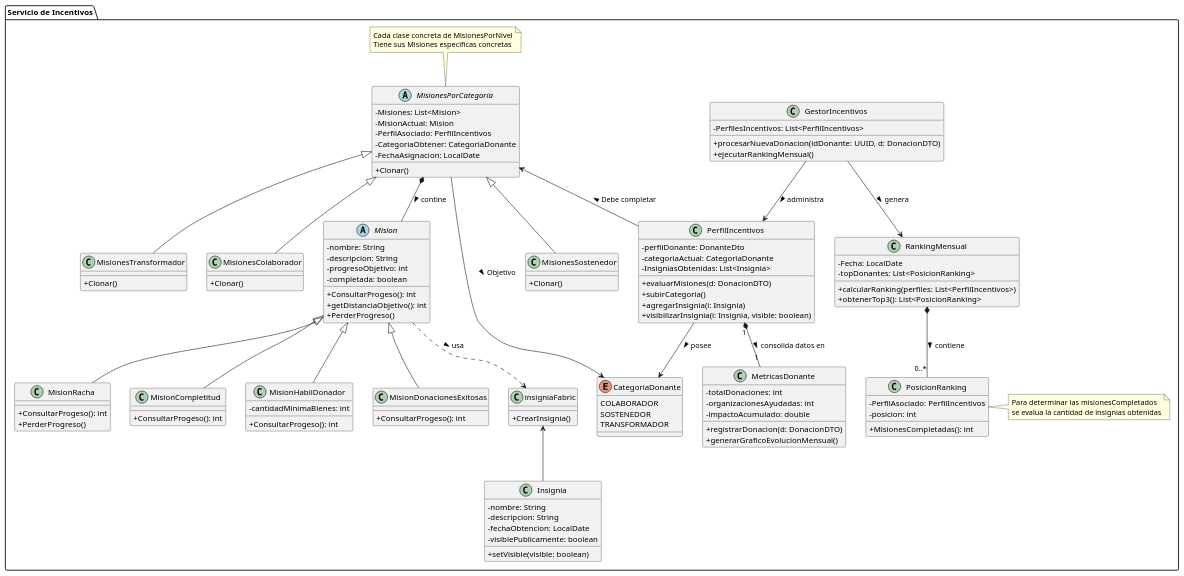
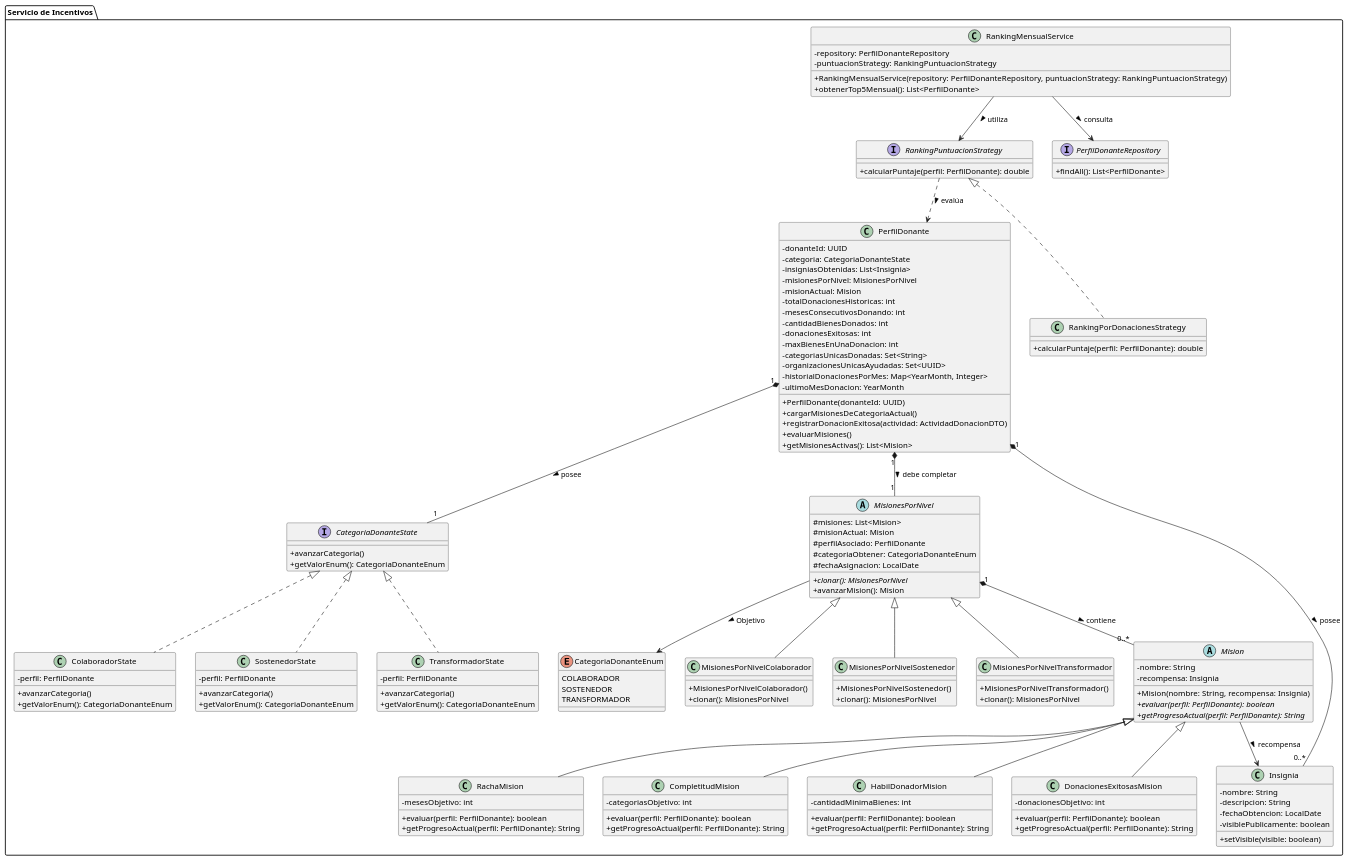
The diagram in diagramas/incentivos/ServicioIncentivos.puml (matefernandezcc/DonaTrack), drawn with PlantUML before and after one commit. The commit also changed 24 other files, not shown here.

Commit message:
refactor: post-merge updates for Hexagonal, Prototype, and State patterns, audit endpoint, and UML diagrams

```diff
--- a/diagramas/incentivos/ServicioIncentivos.puml
+++ b/diagramas/incentivos/ServicioIncentivos.puml
@@ -1,139 +1,155 @@
 @startuml ServicioIncentivos.puml
 skinparam classAttributeIconSize 0
 
 package "Servicio de Incentivos" {
 
-    enum CategoriaDonante {
+    enum CategoriaDonanteEnum {
         COLABORADOR
         SOSTENEDOR
         TRANSFORMADOR
     }
 
-    class GestorIncentivos {
-        - PerfilesIncentivos: List<PerfilIncentivos>
-        + procesarNuevaDonacion(idDonante: UUID, d: DonacionDTO)
-        + ejecutarRankingMensual()
+    interface CategoriaDonanteState {
+        + avanzarCategoria()
+        + getValorEnum(): CategoriaDonanteEnum
     }
 
-    class PerfilIncentivos {
-        - perfilDonante: DonanteDto
-        - categoriaActual: CategoriaDonante
-        - InsigniasObtenidas: List<Insignia>
-        + evaluarMisiones(d: DonacionDTO)
-        + subirCategoria()
-        + agregarInsignia(i: Insignia)
-        + visibilizarInsignia(i: Insignia, visible: boolean)
+    class ColaboradorState implements CategoriaDonanteState {
+        - perfil: PerfilDonante
+        + avanzarCategoria()
+        + getValorEnum(): CategoriaDonanteEnum
     }
 
-    class MetricasDonante {
-        - totalDonaciones: int
-        - organizacionesAyudadas: int
-        - impactoAcumulado: double
-        + registrarDonacion(d: DonacionDTO)
-        + generarGraficoEvolucionMensual()
+    class SostenedorState implements CategoriaDonanteState {
+        - perfil: PerfilDonante
+        + avanzarCategoria()
+        + getValorEnum(): CategoriaDonanteEnum
     }
 
-    abstract class MisionesPorCategoria{
-        - Misiones: List<Mision>
-        - MisionActual: Mision
-        - PerfilAsociado: PerfilIncentivos
-        - CategoriaObtener: CategoriaDonante
-        - FechaAsignacion: LocalDate
-        + Clonar()
-    }
-    
-    note top of MisionesPorCategoria
-    Cada clase concreta de MisionesPorNivel
-    Tiene sus Misiones especificas concretas
-    end note
-
-    class MisionesSostenedor extends MisionesPorCategoria{
-        + Clonar()
+    class TransformadorState implements CategoriaDonanteState {
+        - perfil: PerfilDonante
+        + avanzarCategoria()
+        + getValorEnum(): CategoriaDonanteEnum
     }
 
-    class MisionesTransformador extends MisionesPorCategoria{
-        + Clonar()
+    class PerfilDonante {
+        - donanteId: UUID
+        - categoria: CategoriaDonanteState
+        - insigniasObtenidas: List<Insignia>
+        - misionesPorNivel: MisionesPorNivel
+        - misionActual: Mision
+        - totalDonacionesHistoricas: int
+        - mesesConsecutivosDonando: int
+        - cantidadBienesDonados: int
+        - donacionesExitosas: int
+        - maxBienesEnUnaDonacion: int
+        - categoriasUnicasDonadas: Set<String>
+        - organizacionesUnicasAyudadas: Set<UUID>
+        - historialDonacionesPorMes: Map<YearMonth, Integer>
+        - ultimoMesDonacion: YearMonth
+        + PerfilDonante(donanteId: UUID)
+        + cargarMisionesDeCategoriaActual()
+        + registrarDonacionExitosa(actividad: ActividadDonacionDTO)
+        + evaluarMisiones()
+        + getMisionesActivas(): List<Mision>
     }
 
-    class MisionesColaborador extends MisionesPorCategoria{
-        + Clonar()
+    abstract class MisionesPorNivel {
+        # misiones: List<Mision>
+        # misionActual: Mision
+        # perfilAsociado: PerfilDonante
+        # categoriaObtener: CategoriaDonanteEnum
+        # fechaAsignacion: LocalDate
+        + {abstract} clonar(): MisionesPorNivel
+        + avanzarMision(): Mision
+    }
+
+    class MisionesPorNivelColaborador extends MisionesPorNivel {
+        + MisionesPorNivelColaborador()
+        + clonar(): MisionesPorNivel
+    }
+
+    class MisionesPorNivelSostenedor extends MisionesPorNivel {
+        + MisionesPorNivelSostenedor()
+        + clonar(): MisionesPorNivel
+    }
+
+    class MisionesPorNivelTransformador extends MisionesPorNivel {
+        + MisionesPorNivelTransformador()
+        + clonar(): MisionesPorNivel
     }
 
     abstract class Mision {
         - nombre: String
-        - descripcion: String
-        - progresoObjetivo: int
-        - completada: boolean
-        + ConsultarProgeso(): int
-        + getDistanciaObjetivo(): int
-        + PerderProgreso()
+        - recompensa: Insignia
+        + Mision(nombre: String, recompensa: Insignia)
+        + {abstract} evaluar(perfil: PerfilDonante): boolean
+        + {abstract} getProgresoActual(perfil: PerfilDonante): String
     }
 
-    class MisionRacha extends Mision {
-        + ConsultarProgeso(): int
-        + PerderProgreso()
+    class RachaMision extends Mision {
+        - mesesObjetivo: int
+        + evaluar(perfil: PerfilDonante): boolean
+        + getProgresoActual(perfil: PerfilDonante): String
     }
 
-    class MisionCompletitud extends Mision {
-        + ConsultarProgeso(): int
+    class CompletitudMision extends Mision {
+        - categoriasObjetivo: int
+        + evaluar(perfil: PerfilDonante): boolean
+        + getProgresoActual(perfil: PerfilDonante): String
     }
 
-    class MisionHabilDonador extends Mision {
+    class HabilDonadorMision extends Mision {
         - cantidadMinimaBienes: int
-        + ConsultarProgeso(): int
+        + evaluar(perfil: PerfilDonante): boolean
+        + getProgresoActual(perfil: PerfilDonante): String
     }
 
-    class MisionDonacionesExitosas extends Mision {
-        + ConsultarProgeso(): int
+    class DonacionesExitosasMision extends Mision {
+        - donacionesObjetivo: int
+        + evaluar(perfil: PerfilDonante): boolean
+        + getProgresoActual(perfil: PerfilDonante): String
     }
-
-    
-    Class insigniaFabric{
-        +CrearInsignia()
-    }
-
 
     class Insignia {
         - nombre: String
         - descripcion: String
         - fechaObtencion: LocalDate
         - visiblePublicamente: boolean
         + setVisible(visible: boolean)
     }
 
-    class RankingMensual {
-        - Fecha: LocalDate
-        - topDonantes: List<PosicionRanking>
-        + calcularRanking(perfiles: List<PerfilIncentivos>)
-        + obtenerTop3(): List<PosicionRanking>
+    class RankingMensualService {
+        - repository: PerfilDonanteRepository
+        - puntuacionStrategy: RankingPuntuacionStrategy
+        + RankingMensualService(repository: PerfilDonanteRepository, puntuacionStrategy: RankingPuntuacionStrategy)
+        + obtenerTop5Mensual(): List<PerfilDonante>
     }
 
-    class PosicionRanking {
-        - PerfilAsociado: PerfilIncentivos
-        - posicion: int
-        + MisionesCompletadas(): int
+    interface RankingPuntuacionStrategy {
+        + calcularPuntaje(perfil: PerfilDonante): double
     }
 
-    note right of PosicionRanking
-    Para determinar las misionesCompletados
-    se evalua la cantidad de insignias obtenidas
-    end note
+    class RankingPorDonacionesStrategy implements RankingPuntuacionStrategy {
+        + calcularPuntaje(perfil: PerfilDonante): double
+    }
+
+    interface PerfilDonanteRepository {
+        + findAll(): List<PerfilDonante>
+    }
 
     ' Relaciones
-    GestorIncentivos --> RankingMensual : genera >
-    GestorIncentivos --> PerfilIncentivos : administra >
+    PerfilDonante "1" *-- "1" CategoriaDonanteState : posee >
+    PerfilDonante "1" *-- "1" MisionesPorNivel : debe completar >
+    PerfilDonante "1" *-- "0..*" Insignia : posee >
 
-    MisionesPorCategoria *-- Mision : contine >
-    MisionesPorCategoria --> CategoriaDonante : Objetivo >
-    MisionesPorCategoria <-- PerfilIncentivos : Debe completar <
+    MisionesPorNivel "1" *-- "0..*" Mision : contiene >
+    MisionesPorNivel --> CategoriaDonanteEnum : Objetivo >
 
-    Mision ..> insigniaFabric : usa >
+    Mision --> Insignia : recompensa >
 
-    insigniaFabric <-- Insignia
-
-    PerfilIncentivos "1" *-- "1" MetricasDonante : consolida datos en >
-    PerfilIncentivos --> CategoriaDonante : posee >
-
-    RankingMensual *-- "0..*" PosicionRanking : contiene >
+    RankingMensualService --> PerfilDonanteRepository : consulta >
+    RankingMensualService --> RankingPuntuacionStrategy : utiliza >
+    RankingPuntuacionStrategy ..> PerfilDonante : evalúa >
 }
 @enduml
```
